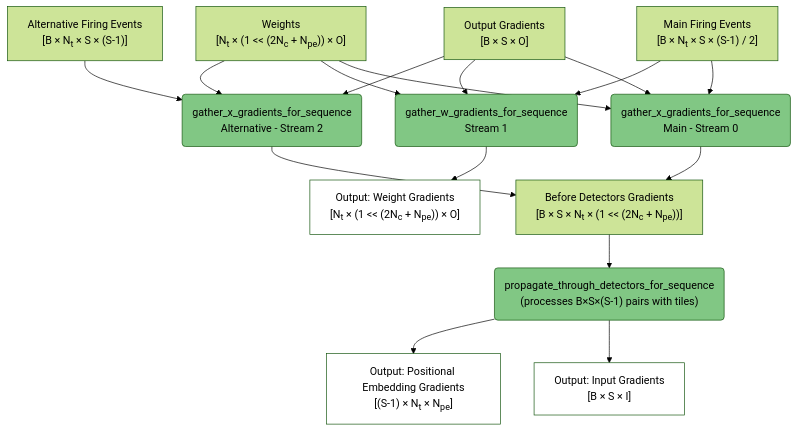
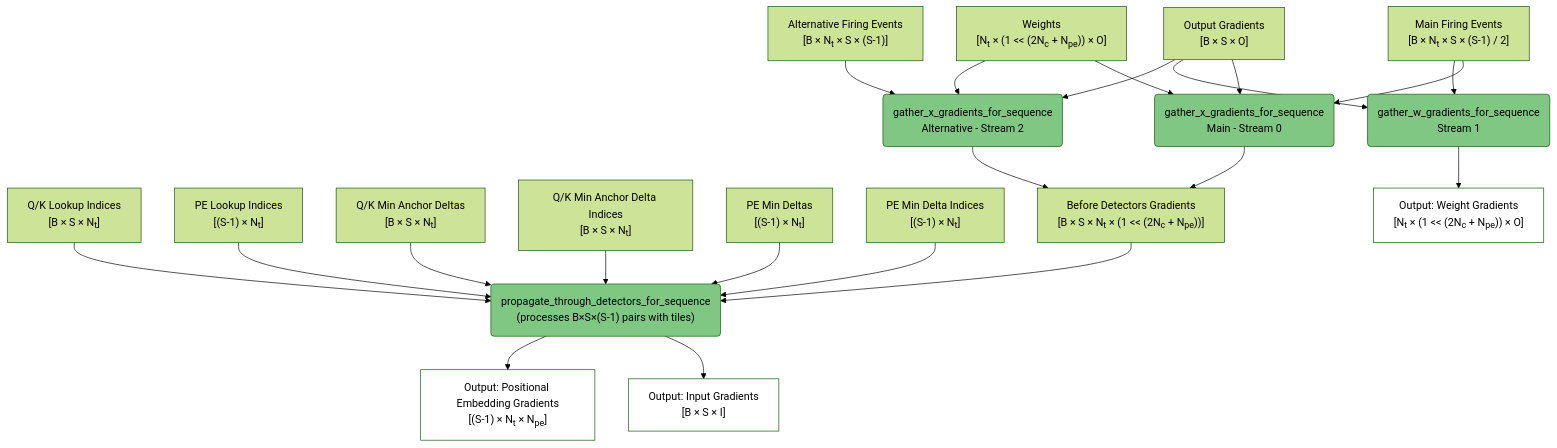
Before and after one commit to anatoli-starostin/spiky: the sixth of 6 diagrams in spiky_cuda/lut/doc/LUT_RUNTIME_DATA_FLOW.md, drawn with Mermaid (forest theme). The commit also changed other lines of this file, not shown here.

````diff
--- a/spiky_cuda/lut/doc/LUT_RUNTIME_DATA_FLOW.md
+++ b/spiky_cuda/lut/doc/LUT_RUNTIME_DATA_FLOW.md
@@ -167,32 +181,38 @@
 ```mermaid
 flowchart TD
     A["Output Gradients<br/>[B × S × O]"] --> B("gather_x_gradients_for_sequence<br/>Main - Stream 0")
     A --> C("gather_w_gradients_for_sequence<br/>Stream 1")
     A --> D("gather_x_gradients_for_sequence<br/>Alternative - Stream 2")
     
     E["Main Firing Events<br/>[B × N<sub>t</sub> × S × (S-1) / 2]"] --> B
     E --> C
     F["Alternative Firing Events<br/>[B × N<sub>t</sub> × S × (S-1)]"] --> D
     
+    L3["Q/K Lookup Indices<br/>[B × S × N<sub>t</sub>]"] --> I
+    L4["PE Lookup Indices<br/>[(S-1) × N<sub>t</sub>]"] --> I
+    M5["Q/K Min Anchor Deltas<br/>[B × S × N<sub>t</sub>]"] --> I
+    M6["Q/K Min Anchor Delta Indices<br/>[B × S × N<sub>t</sub>]"] --> I
+    M7["PE Min Deltas<br/>[(S-1) × N<sub>t</sub>]"] --> I
+    M8["PE Min Delta Indices<br/>[(S-1) × N<sub>t</sub>]"] --> I
+    
     W6["Weights<br/>[N<sub>t</sub> × (1 << (2N<sub>c</sub> + N<sub>pe</sub>)) × O]"] --> B
-    W6 --> C
     W6 --> D
     
     B --> G["Before Detectors Gradients<br/>[B&nbsp;×&nbsp;S&nbsp;×&nbsp;N<sub>t</sub>&nbsp;×&nbsp;(1&nbsp;<<&nbsp;(2N<sub>c</sub>&nbsp;+&nbsp;N<sub>pe</sub>))]"]
     D --> G
     
     G --> I("propagate_through_detectors_for_sequence<br/>(processes B×S×(S-1) pairs with tiles)")
     
     I --> J["Output: Input Gradients<br/>[B × S × I]"]
     I --> K["Output: Positional Embedding Gradients<br/>[(S-1) × N<sub>t</sub> × N<sub>pe</sub>]"]
     
     C --> H["Output: Weight Gradients<br/>[N<sub>t</sub>&nbsp;×&nbsp;(1&nbsp;<<&nbsp;(2N<sub>c</sub>&nbsp;+&nbsp;N<sub>pe</sub>))&nbsp;×&nbsp;O]"]
     
     style B fill:#81c784,color:#000000
     style C fill:#81c784,color:#000000
     style D fill:#81c784,color:#000000
     style I fill:#81c784,color:#000000
     style H fill:#ffffff,color:#000000
     style J fill:#ffffff,color:#000000
     style K fill:#ffffff,color:#000000
 ```
````
